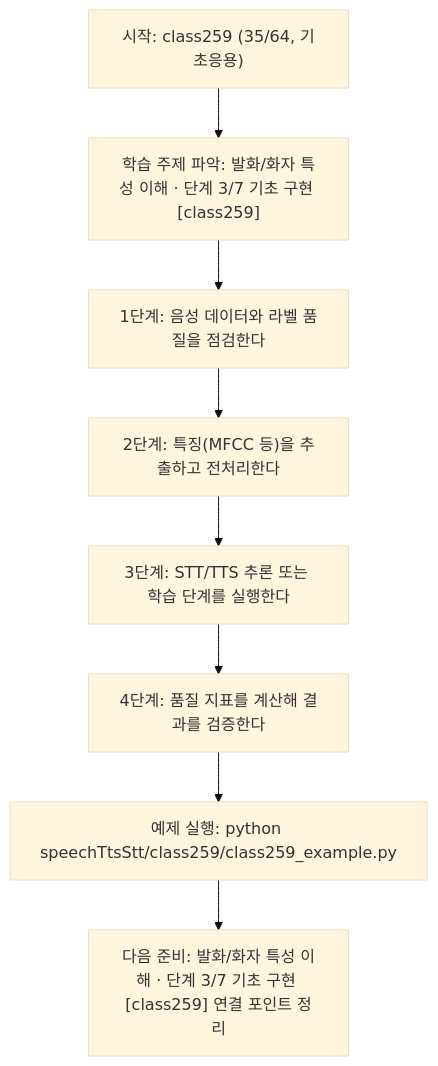
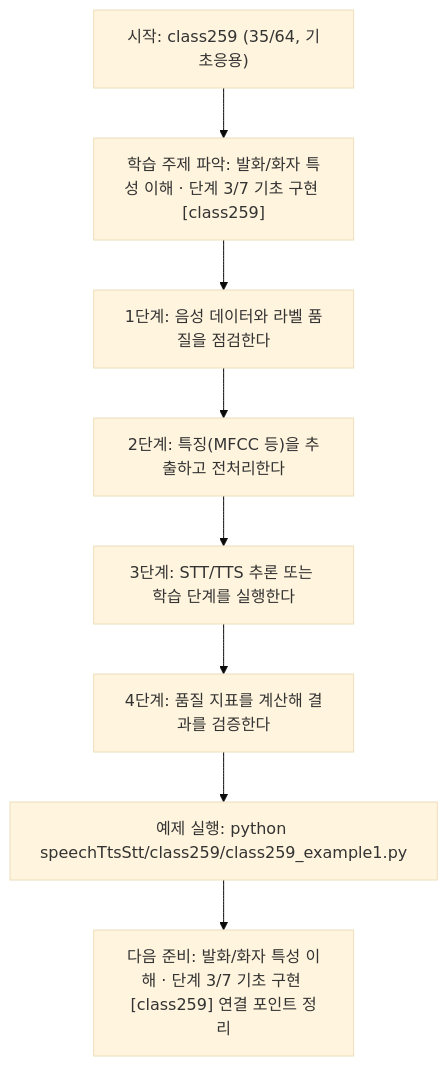
Before and after one commit to edumgt/Python-AI_Agent-Class: the diagram in speechTtsStt/class259/class259.md, drawn with Mermaid (base theme). The commit also changed other lines of this file and 2959 other files, not shown here.

````diff
--- a/speechTtsStt/class259/class259.md
+++ b/speechTtsStt/class259/class259.md
@@ -115,18 +115,18 @@
 ```mermaid
 flowchart TD
 N1["시작: class259 (35/64, 기초응용)"]
 N2["학습 주제 파악: 발화/화자 특성 이해 · 단계 3/7 기초 구현 [class259]"]
 N3["1단계: 음성 데이터와 라벨 품질을 점검한다"]
 N4["2단계: 특징(MFCC 등)을 추출하고 전처리한다"]
 N5["3단계: STT/TTS 추론 또는 학습 단계를 실행한다"]
 N6["4단계: 품질 지표를 계산해 결과를 검증한다"]
-N7["예제 실행: python speechTtsStt/class259/class259_example.py"]
+N7["예제 실행: python speechTtsStt/class259/class259_example1.py"]
 N8["다음 준비: 발화/화자 특성 이해 · 단계 3/7 기초 구현 [class259] 연결 포인트 정리"]
 N1 --> N2
 N2 --> N3
 N3 --> N4
 N4 --> N5
 N5 --> N6
 N6 --> N7
 N7 --> N8
 ```
````
